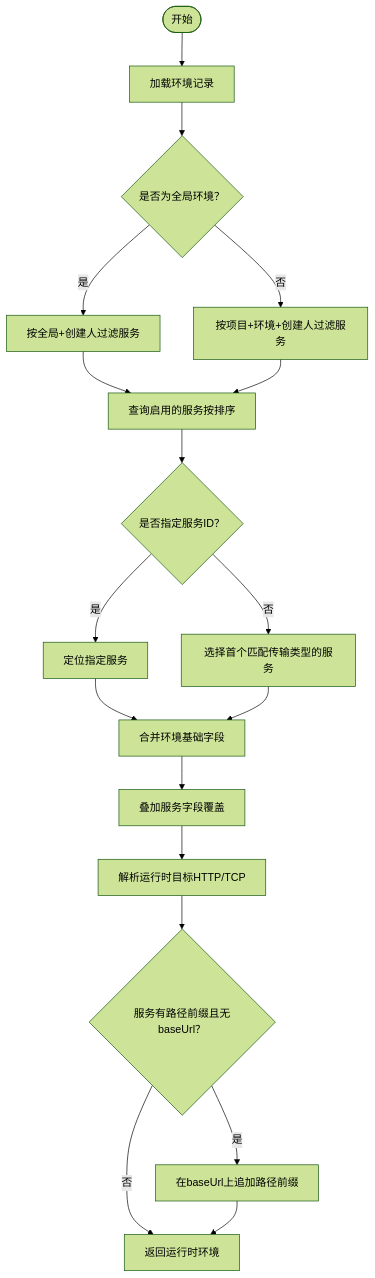
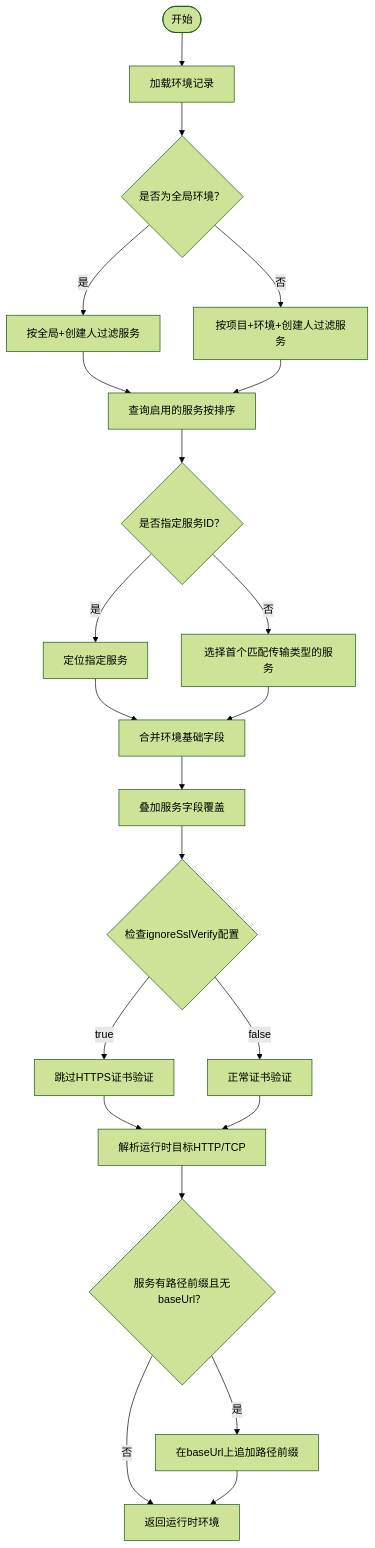
The fifth of 6 diagrams in .qoder/repowiki/zh/content/API 参考文档/API 测试 API/环境配置管理.md (Lichhu/caseForge), drawn with Mermaid (forest theme) before and after one commit. The commit also changed other lines of this file and 8 other files, not shown here.

````diff
--- a/.qoder/repowiki/zh/content/API 参考文档/API 测试 API/环境配置管理.md
+++ b/.qoder/repowiki/zh/content/API 参考文档/API 测试 API/环境配置管理.md
@@ -183,20 +240,24 @@
 ```mermaid
 flowchart TD
 Start(["开始"]) --> LoadEnv["加载环境记录"]
 LoadEnv --> ScopeCheck{"是否为全局环境？"}
 ScopeCheck --> |是| FilterGlobal["按全局+创建人过滤服务"]
 ScopeCheck --> |否| FilterScoped["按项目+环境+创建人过滤服务"]
 FilterGlobal --> ListServices["查询启用的服务按排序"]
 FilterScoped --> ListServices
 ListServices --> HasSvcId{"是否指定服务ID？"}
 HasSvcId --> |是| PickSvc["定位指定服务"]
 HasSvcId --> |否| FirstMatch["选择首个匹配传输类型的服务"]
 PickSvc --> MergeBase["合并环境基础字段"]
 FirstMatch --> MergeBase
 MergeBase --> ApplySvc["叠加服务字段覆盖"]
-ApplySvc --> ResolveTarget["解析运行时目标HTTP/TCP"]
+ApplySvc --> CheckSSL{"检查ignoreSslVerify配置"}
+CheckSSL --> |true| SkipSSL["跳过HTTPS证书验证"]
+CheckSSL --> |false| NormalSSL["正常证书验证"]
+SkipSSL --> ResolveTarget["解析运行时目标HTTP/TCP"]
+NormalSSL --> ResolveTarget
 ResolveTarget --> PathPrefix{"服务有路径前缀且无baseUrl？"}
 PathPrefix --> |是| AppendPrefix["在baseUrl上追加路径前缀"]
 PathPrefix --> |否| Done["返回运行时环境"]
 AppendPrefix --> Done
 ```
````
